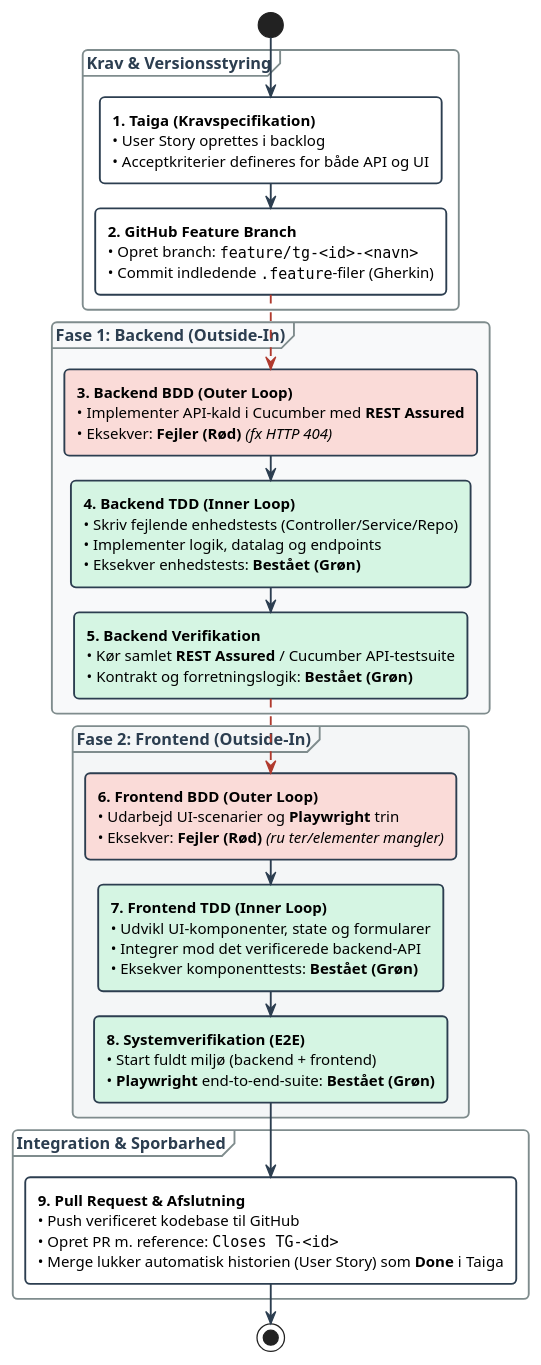
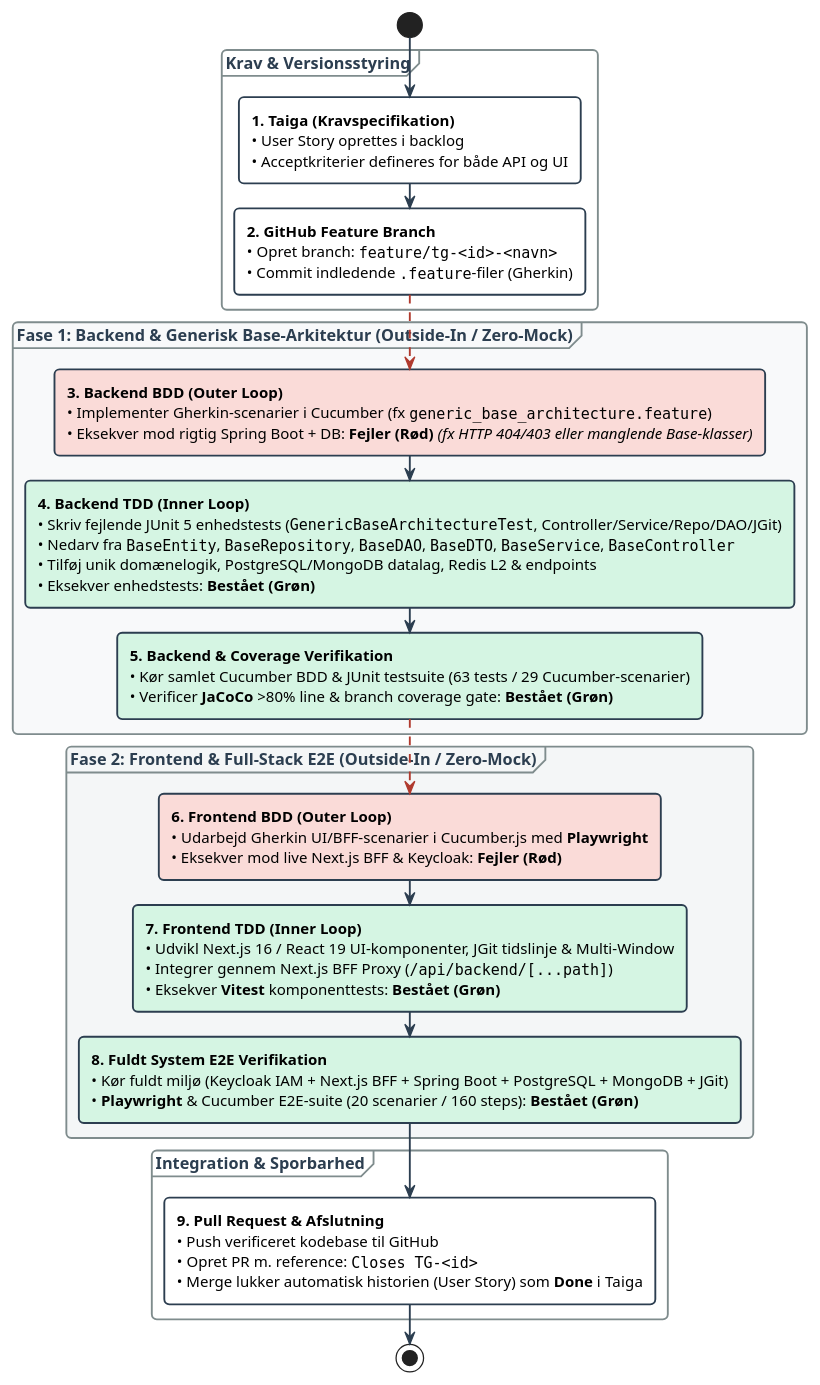
One commit to 7-3-N-3-7/api changed the diagram in infrastructure/diagrams/bdd-tdd-workflow.puml. Above: the diagram before and after it, drawn with PlantUML. The commit also changed 30 other files, not shown here.

First line of the commit message:
Feature/tg 27 test (#8)

```diff
--- a/infrastructure/diagrams/bdd-tdd-workflow.puml
+++ b/infrastructure/diagrams/bdd-tdd-workflow.puml
@@ -1,75 +1,76 @@
 @startuml
 skinparam defaultFontName Arial
 skinparam defaultFontSize 12
 skinparam roundCorner 8
 skinparam shadowing false
 skinparam ArrowColor #2C3E50
 skinparam ArrowThickness 1.5
 
 skinparam activity {
     BackgroundColor #FFFFFF
     BorderColor #2C3E50
     BorderThickness 1.5
 }
 
 skinparam partition {
     BorderColor #7F8C8D
     FontColor #2C3E50
     FontStyle bold
     FontSize 13
 }
 
 start
 
 partition "**Krav & Versionsstyring**" {
     :<b>1. Taiga (Kravspecifikation)</b>
     • User Story oprettes i backlog
     • Acceptkriterier defineres for både API og UI;
 
     :<b>2. GitHub Feature Branch</b>
     • Opret branch: ""feature/tg-<id>-<navn>""
     • Commit indledende "".feature""-filer (Gherkin);
 }
 
-partition "**Fase 1: Backend (Outside-In)**" #F8F9FA {
+partition "**Fase 1: Backend & Generisk Base-Arkitektur (Outside-In / Zero-Mock)**" #F8F9FA {
     -[#B03A2E,dashed]->
     #FADBD8:<b>3. Backend BDD (Outer Loop)</b>
-    • Implementer API-kald i Cucumber med **REST Assured**
-    • Eksekver: **Fejler (Rød)** //(fx HTTP 404)//;
+    • Implementer Gherkin-scenarier i Cucumber (fx ""generic_base_architecture.feature"")
+    • Eksekver mod rigtig Spring Boot + DB: **Fejler (Rød)** //(fx HTTP 404/403 eller manglende Base-klasser)//;
     
     #D5F5E3:<b>4. Backend TDD (Inner Loop)</b>
-    • Skriv fejlende enhedstests (Controller/Service/Repo)
-    • Implementer logik, datalag og endpoints
+    • Skriv fejlende JUnit 5 enhedstests (""GenericBaseArchitectureTest"", Controller/Service/Repo/DAO/JGit)
+    • Nedarv fra ""BaseEntity"", ""BaseRepository"", ""BaseDAO"", ""BaseDTO"", ""BaseService"", ""BaseController""
+    • Tilføj unik domænelogik, PostgreSQL/MongoDB datalag, Redis L2 & endpoints
     • Eksekver enhedstests: **Bestået (Grøn)**;
 
-    #D5F5E3:<b>5. Backend Verifikation</b>
-    • Kør samlet **REST Assured** / Cucumber API-testsuite
-    • Kontrakt og forretningslogik: **Bestået (Grøn)**;
+    #D5F5E3:<b>5. Backend & Coverage Verifikation</b>
+    • Kør samlet Cucumber BDD & JUnit testsuite (63 tests / 29 Cucumber-scenarier)
+    • Verificer **JaCoCo** >80% line & branch coverage gate: **Bestået (Grøn)**;
 }
 
-partition "**Fase 2: Frontend (Outside-In)**" #F4F6F7 {
+partition "**Fase 2: Frontend & Full-Stack E2E (Outside-In / Zero-Mock)**" #F4F6F7 {
     -[#B03A2E,dashed]->
     #FADBD8:<b>6. Frontend BDD (Outer Loop)</b>
-    • Udarbejd UI-scenarier og **Playwright** trin
-    • Eksekver: **Fejler (Rød)** //(ru ter/elementer mangler)//;
+    • Udarbejd Gherkin UI/BFF-scenarier i Cucumber.js med **Playwright**
+    • Eksekver mod live Next.js BFF & Keycloak: **Fejler (Rød)**;
 
     #D5F5E3:<b>7. Frontend TDD (Inner Loop)</b>
-    • Udvikl UI-komponenter, state og formularer
-    • Integrer mod det verificerede backend-API
-    • Eksekver komponenttests: **Bestået (Grøn)**;
+    • Udvikl Next.js 16 / React 19 UI-komponenter, JGit tidslinje & Multi-Window
+    • Integrer gennem Next.js BFF Proxy (""/api/backend/[...path]"")
+    • Eksekver **Vitest** komponenttests: **Bestået (Grøn)**;
 
-    #D5F5E3:<b>8. Systemverifikation (E2E)</b>
-    • Start fuldt miljø (backend + frontend)
-    • **Playwright** end-to-end-suite: **Bestået (Grøn)**;
+    #D5F5E3:<b>8. Fuldt System E2E Verifikation</b>
+    • Kør fuldt miljø (Keycloak IAM + Next.js BFF + Spring Boot + PostgreSQL + MongoDB + JGit)
+    • **Playwright** & Cucumber E2E-suite (20 scenarier / 160 steps): **Bestået (Grøn)**;
 }
 
 partition "**Integration & Sporbarhed**" {
     :<b>9. Pull Request & Afslutning</b>
     • Push verificeret kodebase til GitHub
     • Opret PR m. reference: ""Closes TG-<id>""
     • Merge lukker automatisk historien (User Story) som **Done** i Taiga;
 
 }
 
 stop
 @enduml
```
